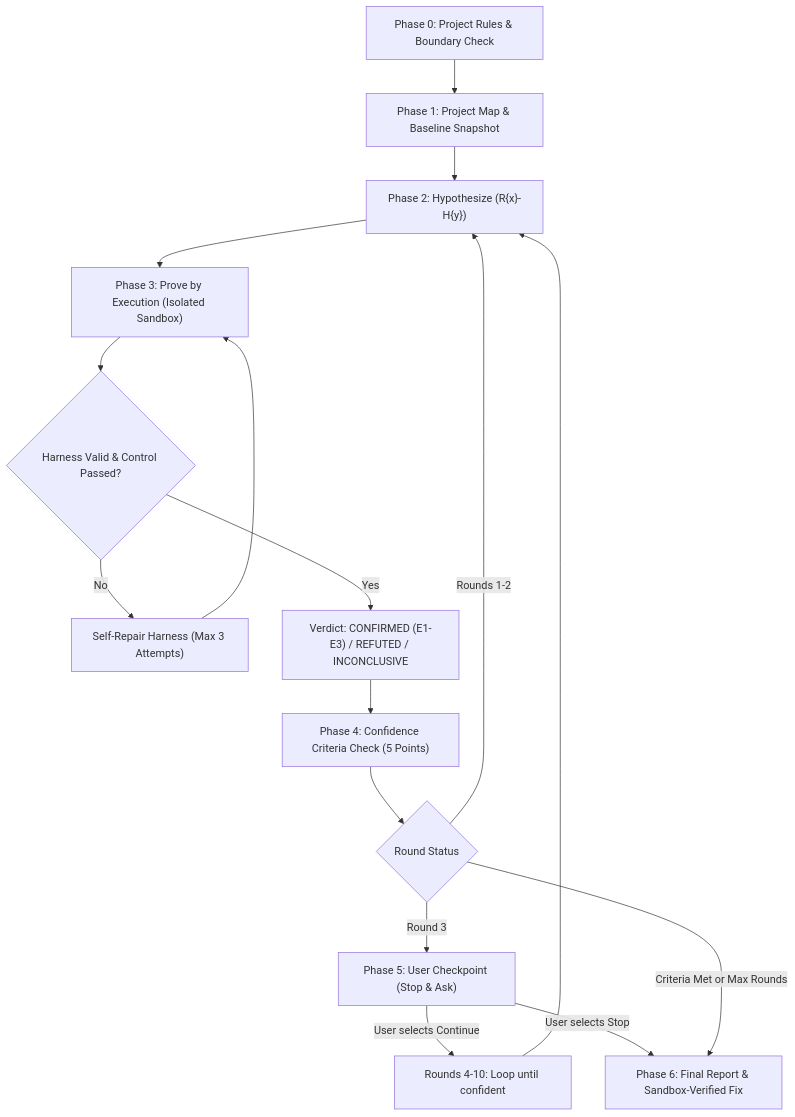
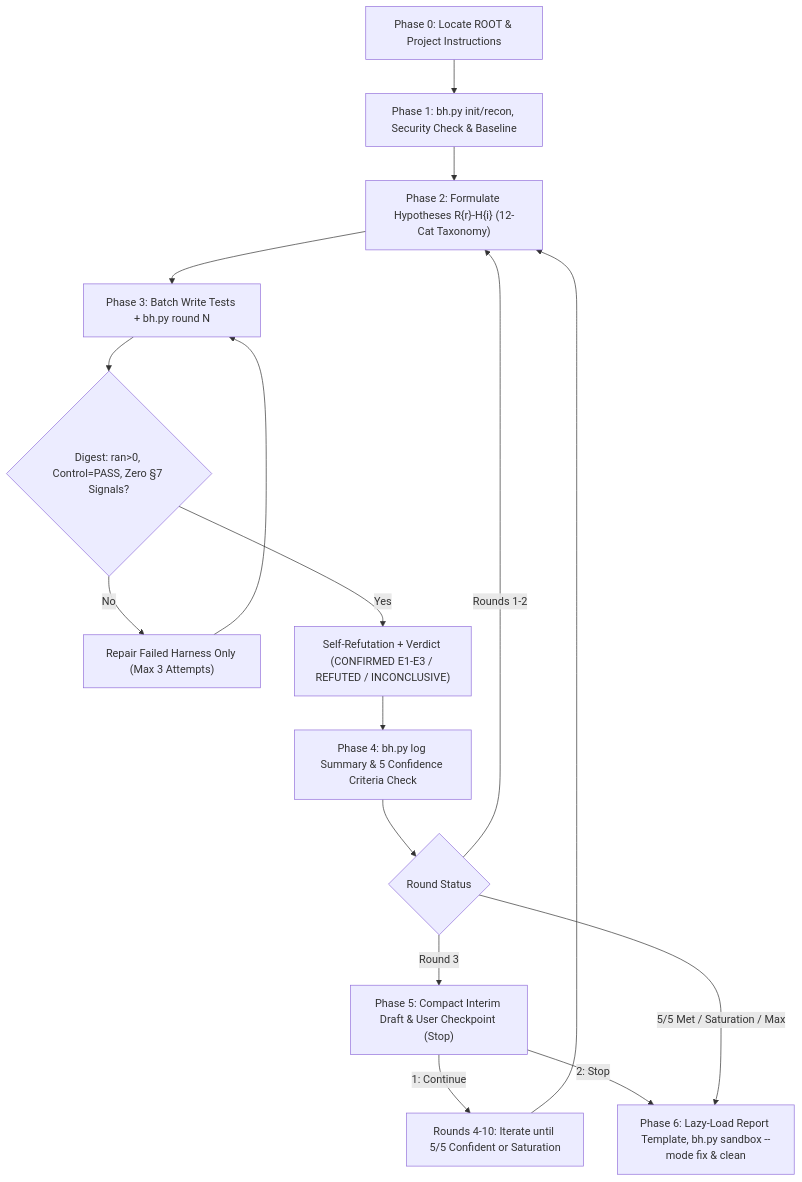
One commit to lufus4826-eng/verihunt changed the diagram in README.md. Above: the diagram before and after it, drawn with Mermaid. The commit also changed other lines of this file and 16 other files, not shown here.

````diff
--- a/README.md
+++ b/README.md
@@ -62,18 +118,18 @@
 ```mermaid
 flowchart TD
-    A["Phase 0: Project Rules & Boundary Check"] --> B["Phase 1: Project Map & Baseline Snapshot"]
-    B --> C["Phase 2: Hypothesize (R{x}-H{y})"]
-    C --> D["Phase 3: Prove by Execution (Isolated Sandbox)"]
-    D --> E{"Harness Valid & Control Passed?"}
-    E -- No --> D1["Self-Repair Harness (Max 3 Attempts)"]
+    A["Phase 0: Locate ROOT & Project Instructions"] --> B["Phase 1: bh.py init/recon, Security Check & Baseline"]
+    B --> C["Phase 2: Formulate Hypotheses R{r}-H{i} (12-Cat Taxonomy)"]
+    C --> D["Phase 3: Batch Write Tests + bh.py round N"]
+    D --> E{"Digest: ran>0, Control=PASS, Zero §7 Signals?"}
+    E -- No --> D1["Repair Failed Harness Only (Max 3 Attempts)"]
     D1 --> D
-    E -- Yes --> F["Verdict: CONFIRMED (E1-E3) / REFUTED / INCONCLUSIVE"]
-    F --> G["Phase 4: Confidence Criteria Check (5 Points)"]
+    E -- Yes --> F["Self-Refutation + Verdict (CONFIRMED E1-E3 / REFUTED / INCONCLUSIVE)"]
+    F --> G["Phase 4: bh.py log Summary & 5 Confidence Criteria Check"]
     G --> H{"Round Status"}
     H -- "Rounds 1-2" --> C
-    H -- "Round 3" --> I["Phase 5: User Checkpoint (Stop & Ask)"]
-    I -- "User selects Continue" --> J["Rounds 4-10: Loop until confident"]
+    H -- "Round 3" --> I["Phase 5: Compact Interim Draft & User Checkpoint (Stop)"]
+    I -- "1: Continue" --> J["Rounds 4-10: Iterate until 5/5 Confident or Saturation"]
     J --> C
-    I -- "User selects Stop" --> K["Phase 6: Final Report & Sandbox-Verified Fix"]
-    H -- "Criteria Met or Max Rounds" --> K
+    I -- "2: Stop" --> K["Phase 6: Lazy-Load Report Template, bh.py sandbox --mode fix & clean"]
+    H -- "5/5 Met / Saturation / Max" --> K
 ```
````
